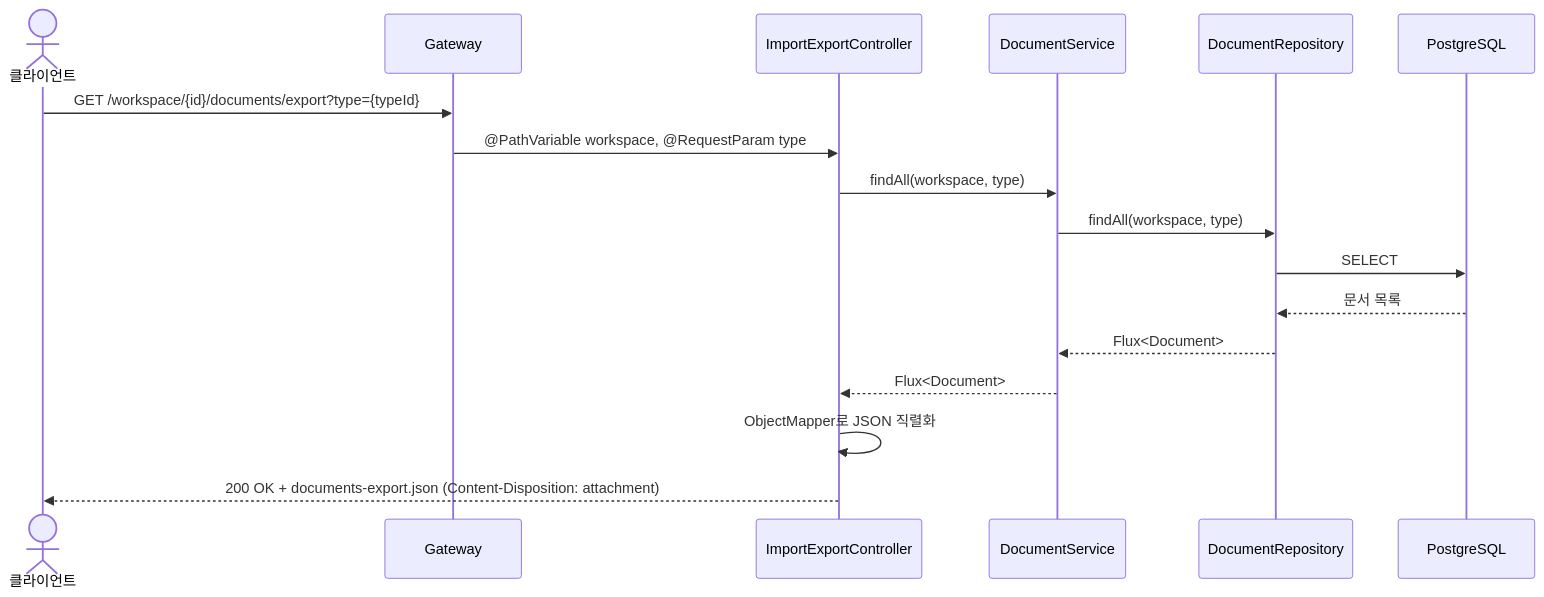
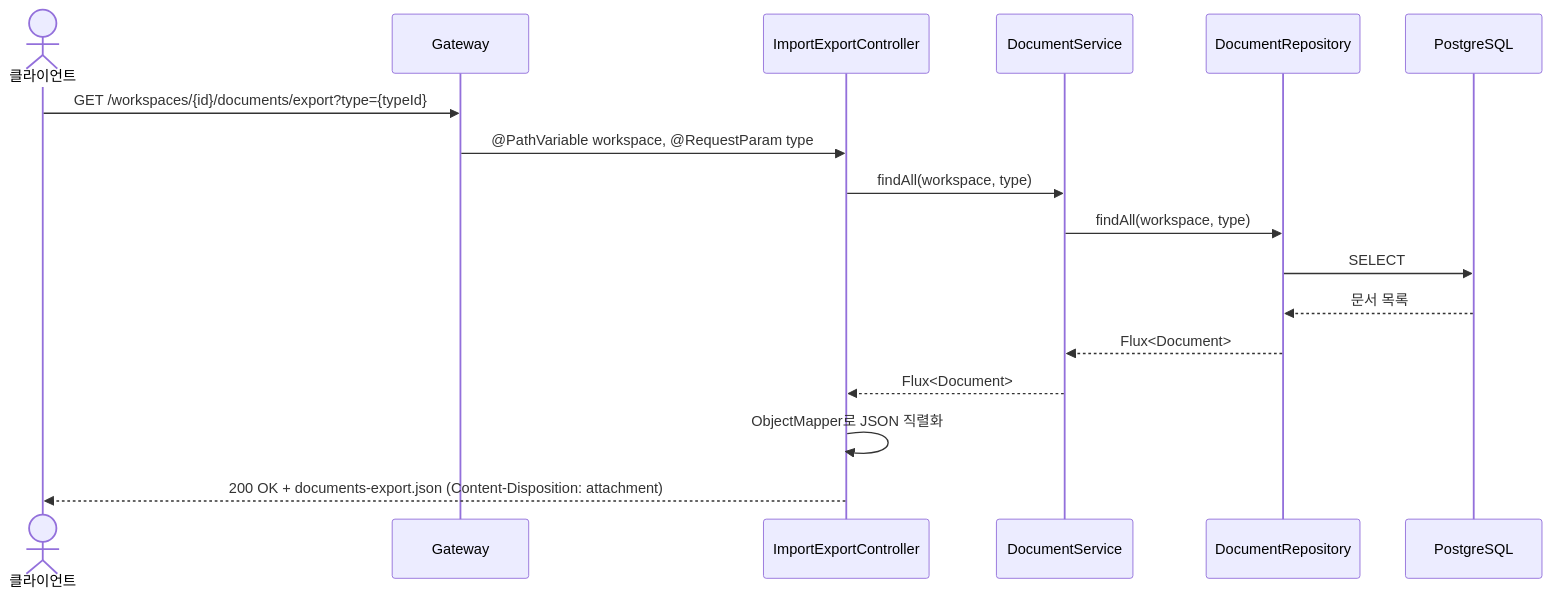
One commit to sayaya1090/handbook changed the fifth of 6 diagrams in document-command/USECASE.md. Above: the diagram before and after it, drawn with Mermaid. The commit also changed other lines of this file and 58 other files, not shown here.

````diff
--- a/document-command/USECASE.md
+++ b/document-command/USECASE.md
@@ -148,20 +148,20 @@
 ```mermaid
 sequenceDiagram
     actor Client as 클라이언트
     participant GW as Gateway
     participant Ctrl as ImportExportController
     participant Svc as DocumentService
     participant Repo as DocumentRepository
     participant DB as PostgreSQL
 
-    Client->>GW: GET /workspace/{id}/documents/export?type={typeId}
+    Client->>GW: GET /workspaces/{id}/documents/export?type={typeId}
     GW->>Ctrl: @PathVariable workspace, @RequestParam type
     Ctrl->>Svc: findAll(workspace, type)
     Svc->>Repo: findAll(workspace, type)
     Repo->>DB: SELECT
     DB-->>Repo: 문서 목록
     Repo-->>Svc: Flux<Document>
     Svc-->>Ctrl: Flux<Document>
     Ctrl->>Ctrl: ObjectMapper로 JSON 직렬화
     Ctrl-->>Client: 200 OK + documents-export.json (Content-Disposition: attachment)
 ```
````
